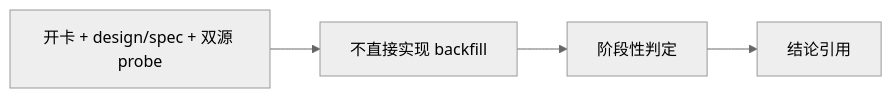
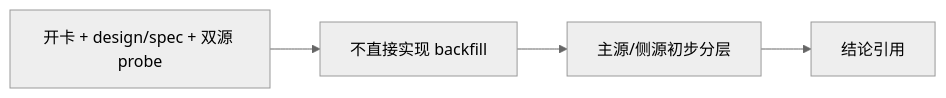
Before and after one commit to everything-is-simple/lifespan-0.01: the diagram in docs/03-execution/records/70-historical-objective-profile-backfill-source-selection-and-governance-record-20260415.md, drawn with Mermaid (neutral theme). The commit also changed other lines of this file and 2 other files, not shown here.

````diff
--- a/docs/03-execution/records/70-historical-objective-profile-backfill-source-selection-and-governance-record-20260415.md
+++ b/docs/03-execution/records/70-historical-objective-profile-backfill-source-selection-and-governance-record-20260415.md
@@ -32,6 +36,6 @@
 ```mermaid
 flowchart LR
     STEP["开卡 + design/spec + 双源 probe"] --> DEV["不直接实现 backfill"]
-    DEV --> NOTE["阶段性判定"]
+    DEV --> NOTE["主源/侧源初步分层"]
     NOTE --> CON[结论引用]
 ```
````
